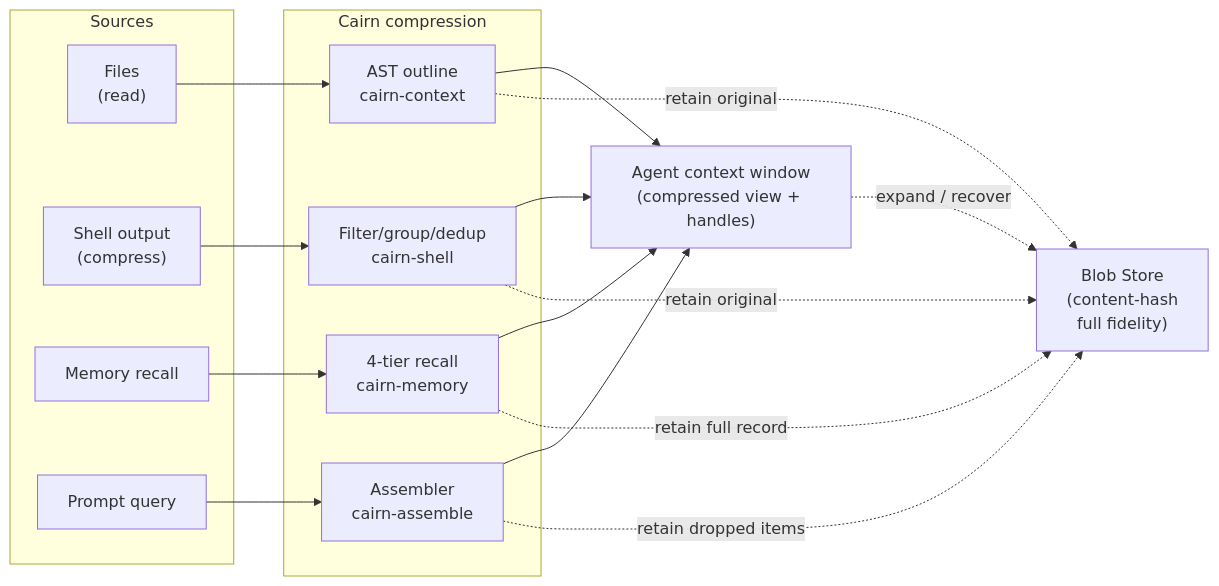
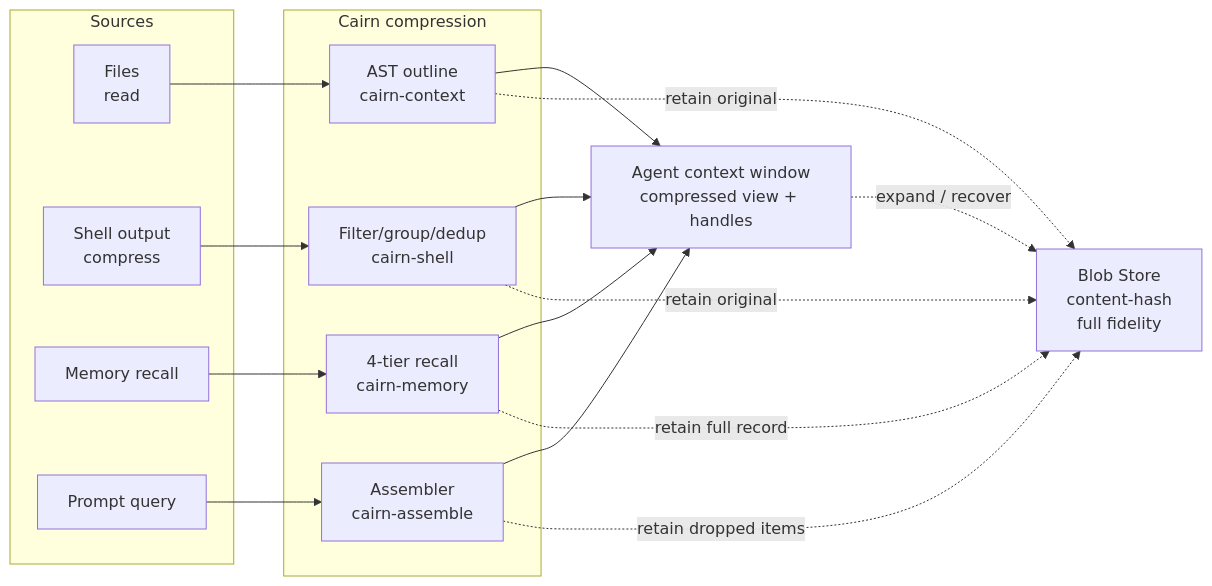
One commit to Vellixia/cairn changed the third of 3 diagrams in docs/PLAN.md. Above: the diagram before and after it, drawn with Mermaid. The commit also changed other lines of this file and 5 other files, not shown here.

First line of the commit message:
fix: replace unsupported Mermaid diagram types for GitHub rendering

````diff
--- a/docs/PLAN.md
+++ b/docs/PLAN.md
@@ -174,31 +198,31 @@
 ```mermaid
 flowchart LR
     subgraph Input["Sources"]
-        Files["Files<br/>(read)"]
-        Shell["Shell output<br/>(compress)"]
+        Files["Files<br/>read"]
+        Shell["Shell output<br/>compress"]
         Mem["Memory recall"]
         Prompt["Prompt query"]
     end
 
     subgraph Compress["Cairn compression"]
         AST["AST outline<br/>cairn-context"]
         Filter["Filter/group/dedup<br/>cairn-shell"]
         Tiers["4-tier recall<br/>cairn-memory"]
         Asm["Assembler<br/>cairn-assemble"]
     end
 
-    Blob["Blob Store<br/>(content-hash<br/>full fidelity)"]
-    Agent["Agent context window<br/>(compressed view + handles)"]
+    Blob["Blob Store<br/>content-hash<br/>full fidelity"]
+    Agent["Agent context window<br/>compressed view + handles"]
 
     Files --> AST --> Agent
     Shell --> Filter --> Agent
     Mem --> Tiers --> Agent
     Prompt --> Asm --> Agent
 
     AST -.->|"retain original"| Blob
     Filter -.->|"retain original"| Blob
     Tiers -.->|"retain full record"| Blob
     Asm -.->|"retain dropped items"| Blob
 
     Agent -.->|"expand / recover"| Blob
 ```
````
